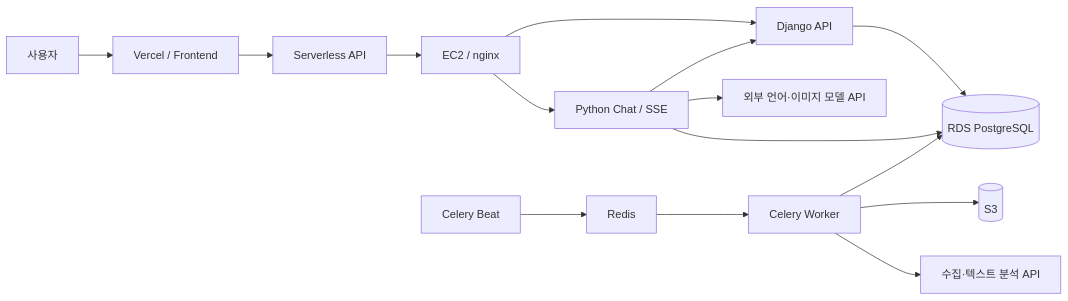
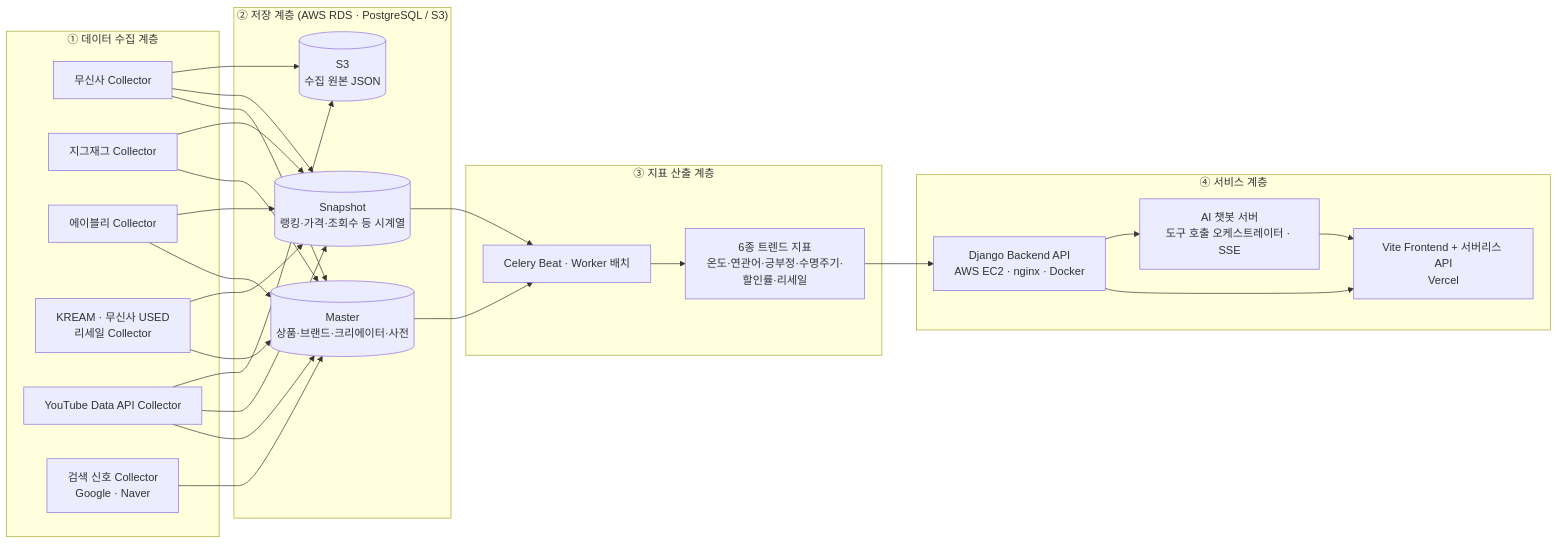
One commit to SKNETWORKS-FAMILY-AICAMP/SKN31-FINAL-4Team changed the first of 5 diagrams in README.md. Above: the diagram before and after it, drawn with Mermaid. The commit also changed other lines of this file and 37 other files, not shown here.

````diff
--- a/README.md
+++ b/README.md
@@ -41,17 +113,50 @@
 ```mermaid
 flowchart LR
-    U[사용자] --> V[Vercel / Frontend]
-    V --> F[Serverless API]
-    F --> N[EC2 / nginx]
-    N --> D[Django API]
-    N --> C[Python Chat / SSE]
-    D --> R[(RDS PostgreSQL)]
-    C --> R
-    C --> D
-    C --> M[외부 언어·이미지 모델 API]
-    B[Celery Beat] --> Q[Redis]
-    Q --> W[Celery Worker]
-    W --> R
-    W --> S[(S3)]
-    W --> T[수집·텍스트 분석 API]
+    subgraph 수집["① 데이터 수집 계층"]
+        C1[무신사 Collector]
+        C2[지그재그 Collector]
+        C3[에이블리 Collector]
+        C4[KREAM · 무신사 USED<br/>리세일 Collector]
+        C5[YouTube Data API Collector]
+        C6[검색 신호 Collector<br/>Google · Naver]
+    end
+
+    subgraph 저장["② 저장 계층 (AWS RDS · PostgreSQL / S3)"]
+        M[(Master<br/>상품·브랜드·크리에이터·사전)]
+        S[(Snapshot<br/>랭킹·가격·조회수 등 시계열)]
+        RAW[(S3<br/>수집 원본 JSON)]
+    end
+
+    subgraph 지표["③ 지표 산출 계층"]
+        SCH[Celery Beat · Worker 배치]
+        IDX[6종 트렌드 지표<br/>온도·연관어·긍부정·수명주기·할인률·리세일]
+    end
+
+    subgraph 서비스["④ 서비스 계층"]
+        API[Django Backend API<br/>AWS EC2 · nginx · Docker]
+        FE[Vite Frontend + 서버리스 API<br/>Vercel]
+        BOT[AI 챗봇 서버<br/>도구 호출 오케스트레이터 · SSE]
+    end
+
+    C1 --> M
+    C2 --> M
+    C3 --> M
+    C4 --> M
+    C5 --> M
+    C6 --> M
+    C1 --> S
+    C2 --> S
+    C3 --> S
+    C4 --> S
+    C5 --> S
+    C1 --> RAW
+    C5 --> RAW
+
+    M --> SCH
+    S --> SCH
+    SCH --> IDX
+    IDX --> API
+    API --> FE
+    API --> BOT
+    BOT --> FE
 ```
````
